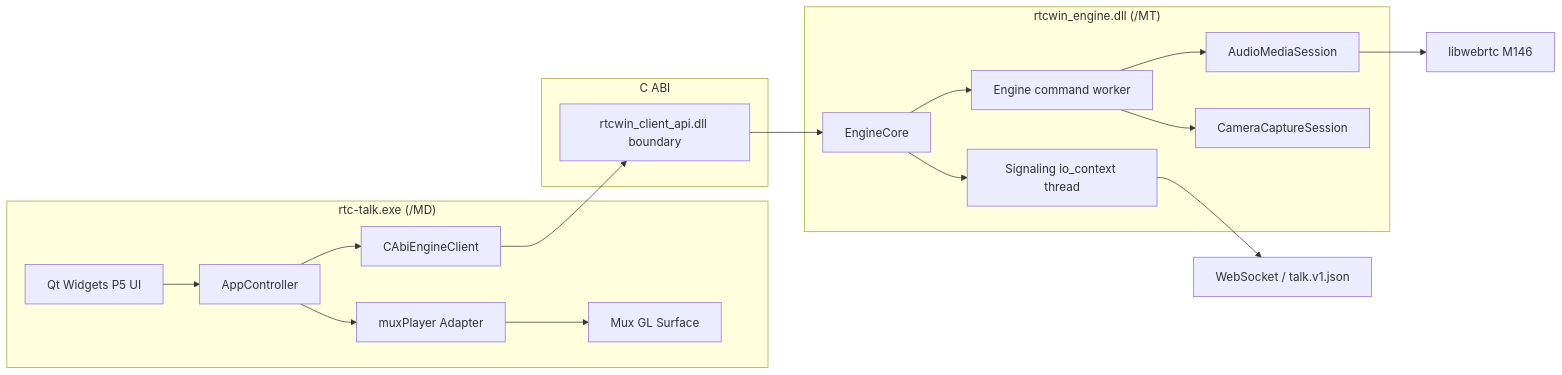
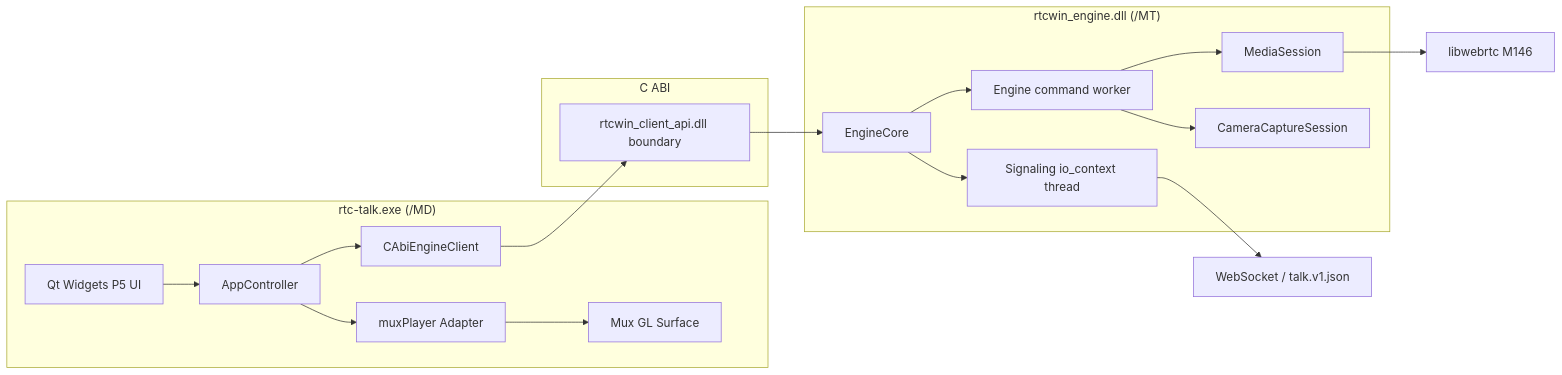
Before and after one commit to feng9201/rtc-talk: the first of 3 diagrams in handover.md, drawn with Mermaid. The commit also changed other lines of this file and 86 other files, not shown here.

````diff
--- a/handover.md
+++ b/handover.md
@@ -226,32 +248,32 @@
 ```mermaid
 flowchart LR
   subgraph UI["rtc-talk.exe (/MD)"]
     Qt[Qt Widgets P5 UI]
     App[AppController]
     Gateway[CAbiEngineClient]
     Mux[muxPlayer Adapter]
     Surface[Mux GL Surface]
     Qt --> App --> Gateway
     App --> Mux --> Surface
   end
 
   subgraph ABI["C ABI"]
     API[rtcwin_client_api.dll boundary]
   end
 
   subgraph Engine["rtcwin_engine.dll (/MT)"]
     Core[EngineCore]
     Worker[Engine command worker]
     SigWorker[Signaling io_context thread]
-    Audio[AudioMediaSession]
+    Audio[MediaSession]
     Camera[CameraCaptureSession]
     Core --> Worker
     Core --> SigWorker
     Worker --> Audio
     Worker --> Camera
   end
 
   Gateway --> API --> Core
   Audio --> RTC[libwebrtc M146]
   SigWorker --> WS[WebSocket / talk.v1.json]
 ```
````
